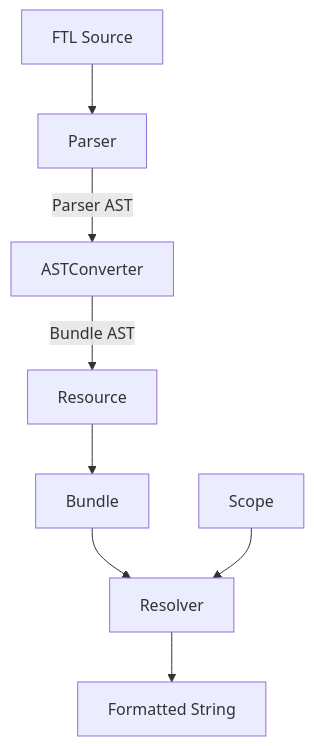
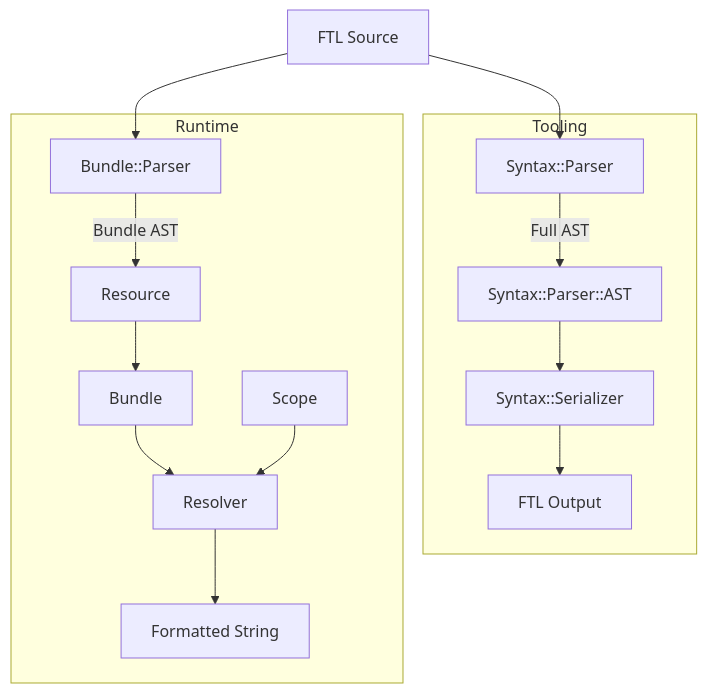
The first of 2 diagrams in doc/architecture.md (sakuro/foxtail), drawn with Mermaid before and after one commit. The commit also changed other lines of this file and 41 other files, not shown here.

````diff
--- a/doc/architecture.md
+++ b/doc/architecture.md
@@ -9,10 +9,19 @@
 ```mermaid
 flowchart TD
-    FTL[FTL Source] --> Parser
-    Parser --> |Parser AST| ASTConverter
-    ASTConverter --> |Bundle AST| Resource
-    Resource --> Bundle
-    Bundle --> Resolver
-    Scope --> Resolver
-    Resolver --> Output[Formatted String]
+    FTL[FTL Source] --> SyntaxParser[Syntax::Parser]
+    FTL --> BundleParser[Bundle::Parser]
+
+    subgraph Tooling
+        SyntaxParser --> |Full AST| SyntaxAST[Syntax::Parser::AST]
+        SyntaxAST --> Serializer[Syntax::Serializer]
+        Serializer --> Output1[FTL Output]
+    end
+
+    subgraph Runtime
+        BundleParser --> |Bundle AST| Resource
+        Resource --> Bundle
+        Bundle --> Resolver
+        Scope --> Resolver
+        Resolver --> Output2[Formatted String]
+    end
 ```
````
